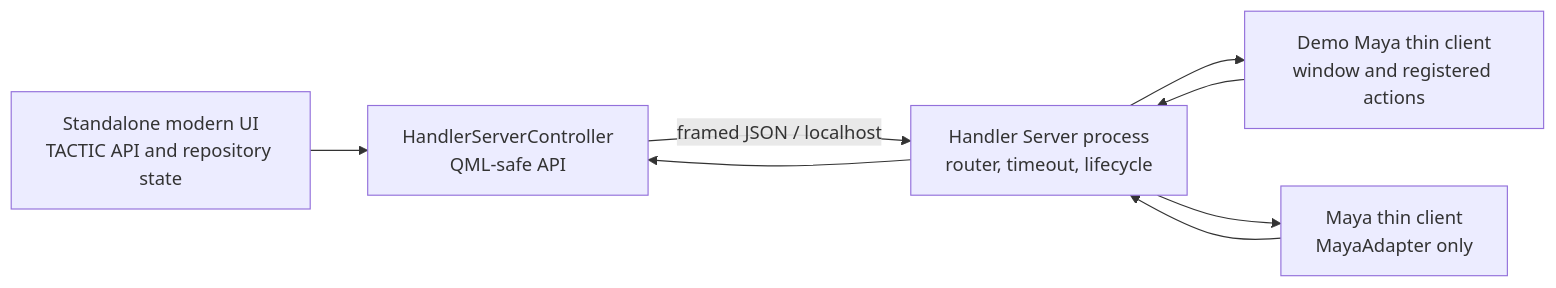
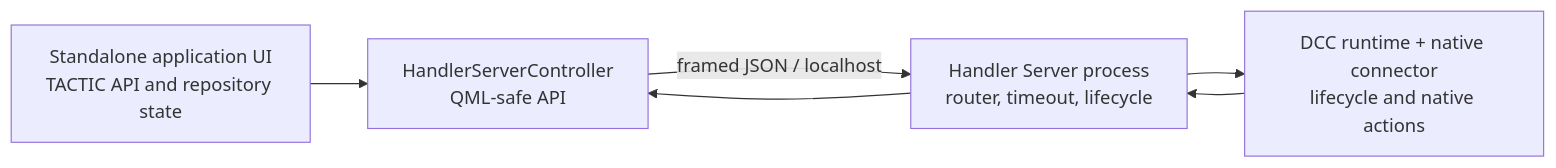
Before and after one commit to listyque/TACTIC-Handler: the diagram in docs/handler_server_architecture.md, drawn with Mermaid. The commit also changed other lines of this file and 1539 other files, not shown here.

````diff
--- a/docs/handler_server_architecture.md
+++ b/docs/handler_server_architecture.md
@@ -11,15 +11,12 @@
 ```mermaid
 flowchart LR
-    UI["Standalone modern UI\nTACTIC API and repository state"]
+    UI["Standalone application UI\nTACTIC API and repository state"]
     QC["HandlerServerController\nQML-safe API"]
     HS["Handler Server process\nrouter, timeout, lifecycle"]
-    DC["Demo Maya thin client\nwindow and registered actions"]
-    MC["Maya thin client\nMayaAdapter only"]
+    MC["DCC runtime + native connector\nlifecycle and native actions"]
     UI --> QC
     QC -->|"framed JSON / localhost"| HS
-    HS --> DC
     HS --> MC
-    DC --> HS
     MC --> HS
     HS --> QC
 ```
````
